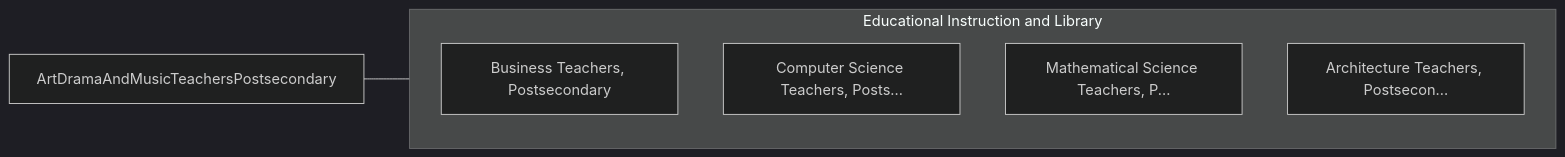
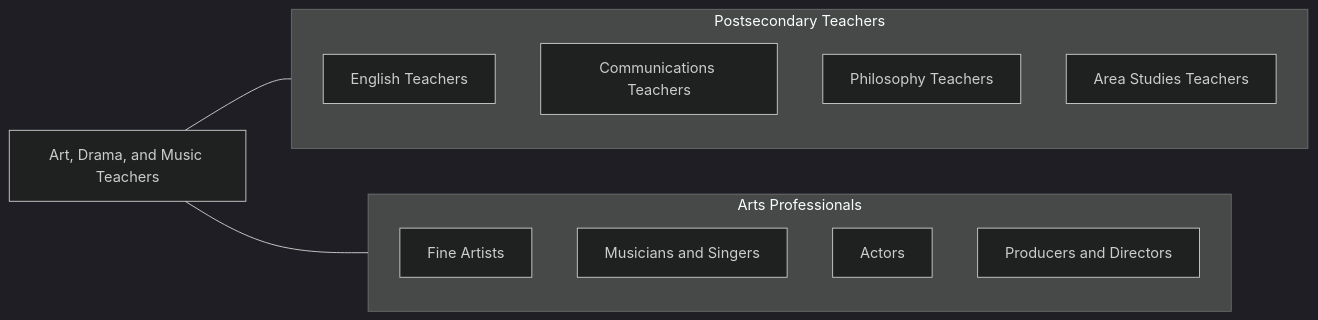
One commit to kziemski/business.org.ai changed the fourth of 4 diagrams in occupations/Education/ArtDramaAndMusicTeachersPostsecondary.mdx. Above: the diagram before and after it, drawn with Mermaid (dark theme). The commit also changed other lines of this file and 938 other files, not shown here.

````diff
--- a/occupations/Education/ArtDramaAndMusicTeachersPostsecondary.mdx
+++ b/occupations/Education/ArtDramaAndMusicTeachersPostsecondary.mdx
@@ -99,13 +171,21 @@
 ```mermaid
 graph LR
-    Current["ArtDramaAndMusicTeachersPostsecondary"]
+    Current["Art, Drama, and Music Teachers"]
 
-    subgraph SameCategory["Educational Instruction and Library"]
-        BusinessTeachersPost["Business Teachers, Postsecondary"]
-        ComputerScienceTeach["Computer Science Teachers, Posts..."]
-        MathematicalScienceT["Mathematical Science Teachers, P..."]
-        ArchitectureTeachers["Architecture Teachers, Postsecon..."]
+    subgraph SameCategory["Postsecondary Teachers"]
+        English["English Teachers"]
+        Communications["Communications Teachers"]
+        Philosophy["Philosophy Teachers"]
+        AreaStudies["Area Studies Teachers"]
+    end
+
+    subgraph CrossFunctional["Arts Professionals"]
+        FineArtists["Fine Artists"]
+        Musicians["Musicians and Singers"]
+        Actors["Actors"]
+        Directors["Producers and Directors"]
     end
 
     Current --- SameCategory
+    Current --- CrossFunctional
 ```
````
